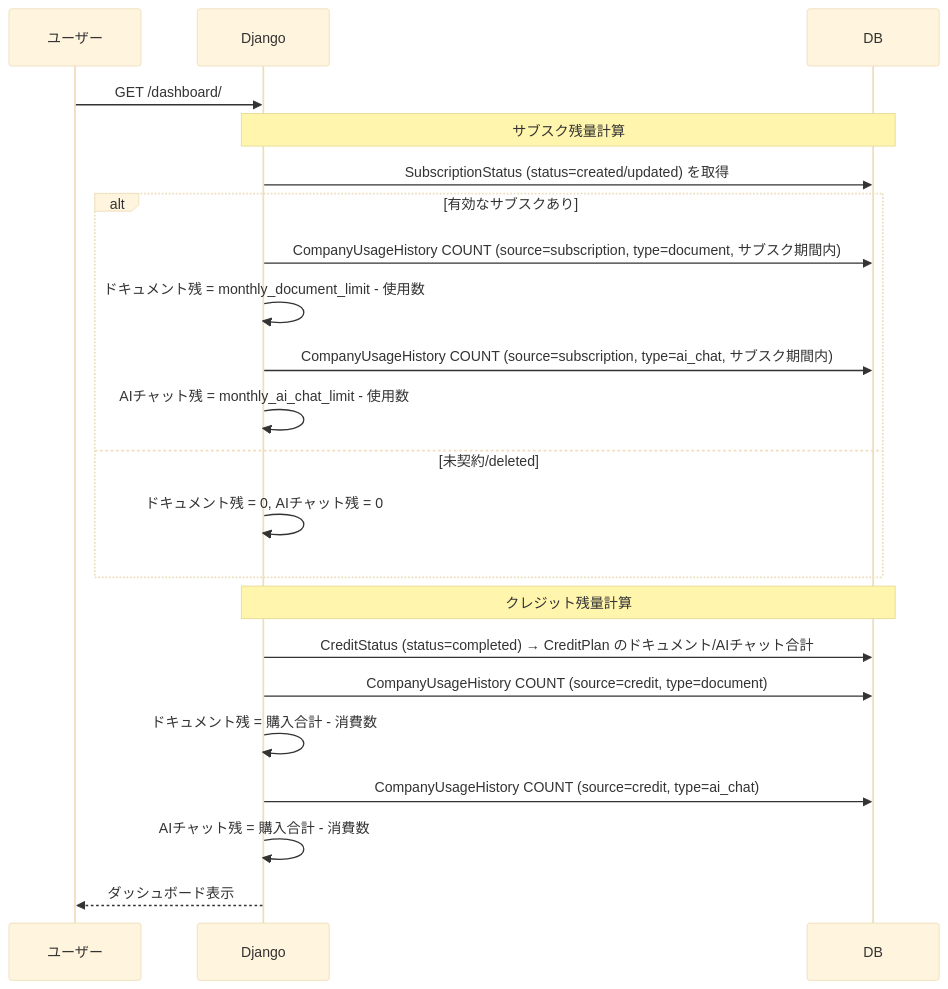
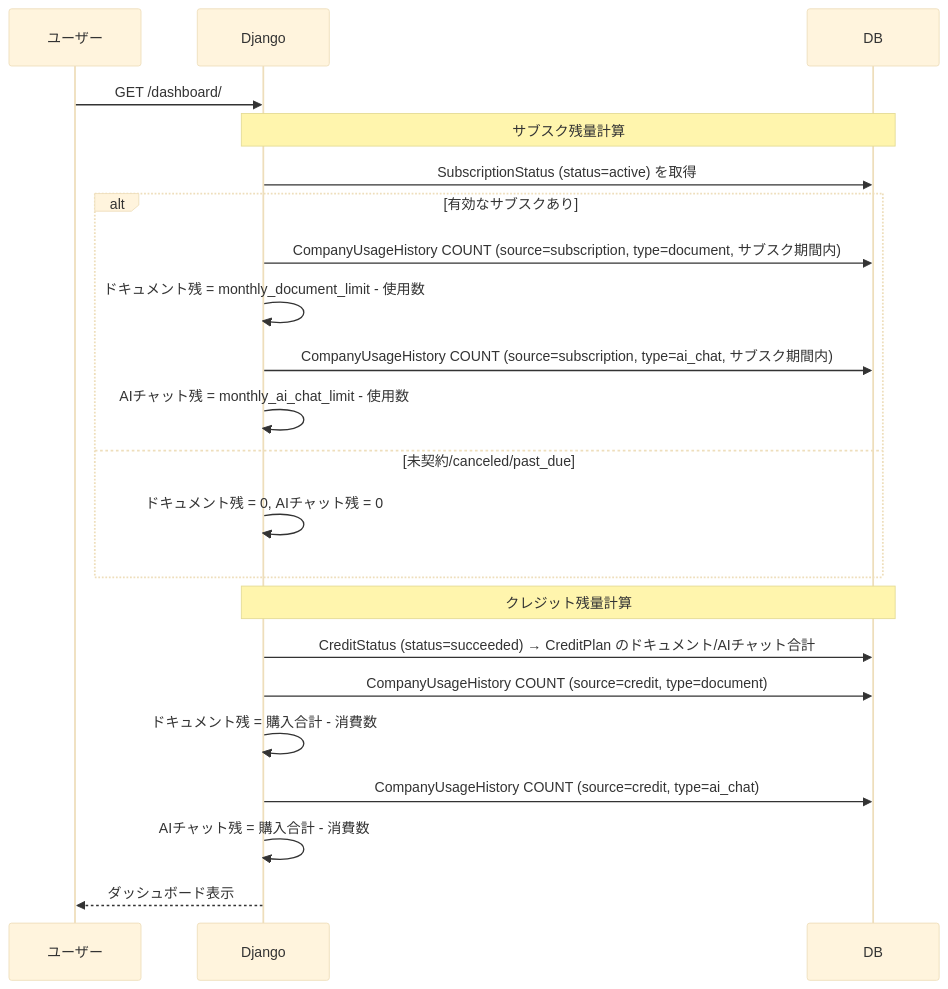
The fourth of 4 diagrams in docs/sequence-diagram.md (suzuki-tomok/payment-core), drawn with Mermaid (base theme) before and after one commit. The commit also changed other lines of this file and 15 other files, not shown here.

````diff
--- a/docs/sequence-diagram.md
+++ b/docs/sequence-diagram.md
@@ -234,30 +234,30 @@
 ```mermaid
 sequenceDiagram
     participant U as ユーザー
     participant D as Django
     participant DB as DB
 
     U->>D: GET /dashboard/
 
     Note over D,DB: サブスク残量計算
 
-    D->>DB: SubscriptionStatus (status=created/updated) を取得
+    D->>DB: SubscriptionStatus (status=active) を取得
     alt 有効なサブスクあり
         D->>DB: CompanyUsageHistory COUNT (source=subscription, type=document, サブスク期間内)
         D->>D: ドキュメント残 = monthly_document_limit - 使用数
         D->>DB: CompanyUsageHistory COUNT (source=subscription, type=ai_chat, サブスク期間内)
         D->>D: AIチャット残 = monthly_ai_chat_limit - 使用数
-    else 未契約/deleted
+    else 未契約/canceled/past_due
         D->>D: ドキュメント残 = 0, AIチャット残 = 0
     end
 
     Note over D,DB: クレジット残量計算
 
-    D->>DB: CreditStatus (status=completed) → CreditPlan のドキュメント/AIチャット合計
+    D->>DB: CreditStatus (status=succeeded) → CreditPlan のドキュメント/AIチャット合計
     D->>DB: CompanyUsageHistory COUNT (source=credit, type=document)
     D->>D: ドキュメント残 = 購入合計 - 消費数
     D->>DB: CompanyUsageHistory COUNT (source=credit, type=ai_chat)
     D->>D: AIチャット残 = 購入合計 - 消費数
 
     D-->>U: ダッシュボード表示
 ```
````
